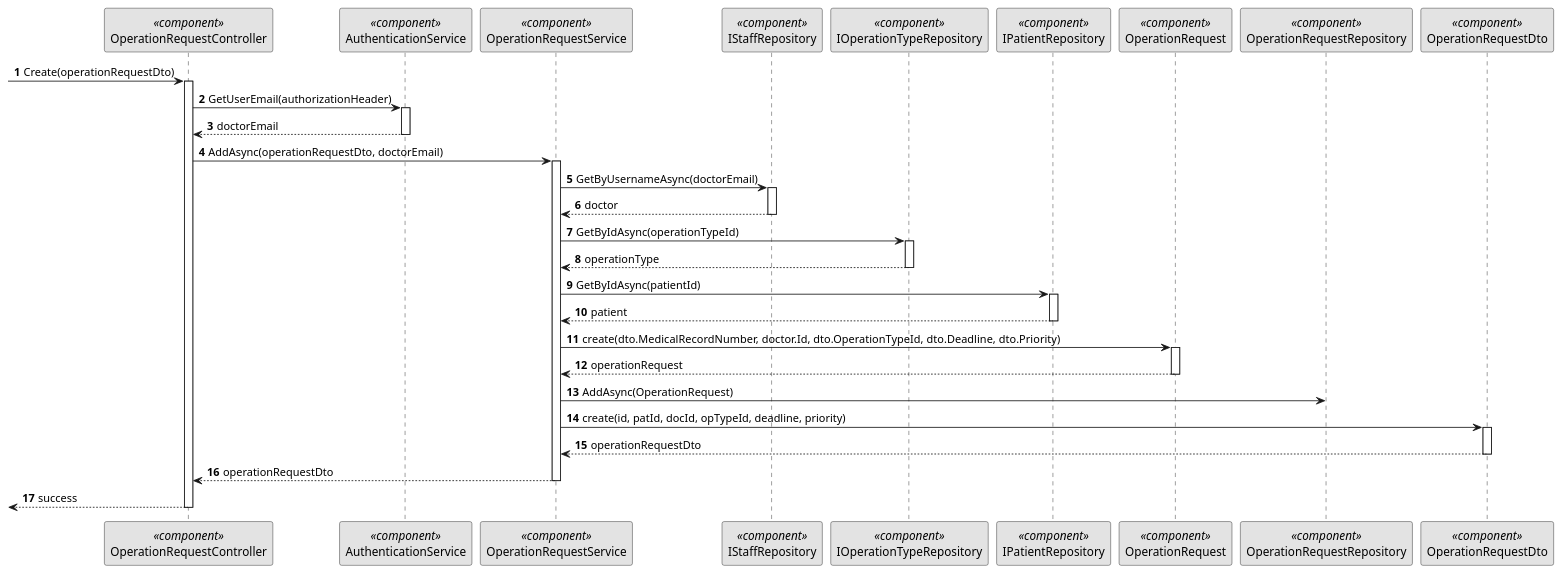
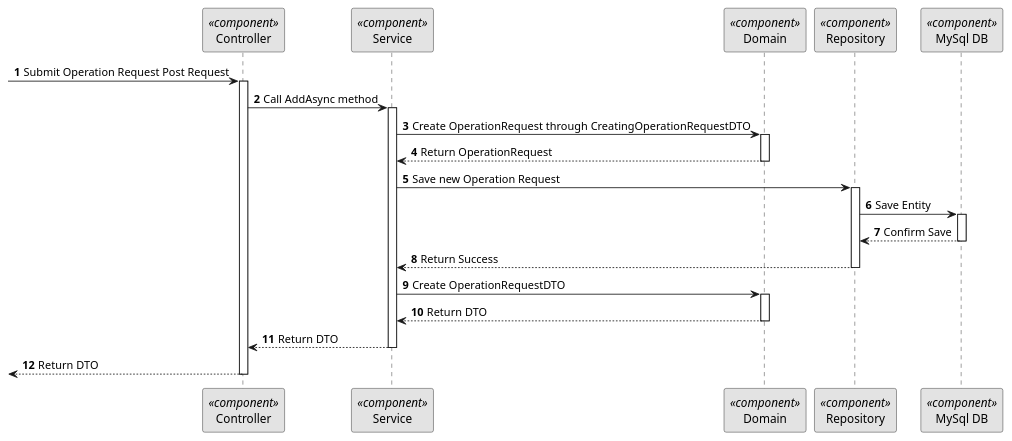
Before and after one commit to Ana-Miguel-Silva/SurgicalAppointmentAndResourceManagement: the diagram in docs/BackofficeModule/5.1.16/sequence-diagram-3.puml, drawn with PlantUML. The commit also changed 8 other files, not shown here.

```diff
--- a/docs/BackofficeModule/5.1.16/sequence-diagram-3.puml
+++ b/docs/BackofficeModule/5.1.16/sequence-diagram-3.puml
@@ -1,88 +1,50 @@
-@startuml 5.1.1
+@startuml 5.1.16
 skinparam monochrome true
 skinparam packageStyle rectangle
 skinparam shadowing false
 
 autonumber
 
-participant "OperationRequestController" as CTRL <<component>>
-participant "AuthenticationService" as Auth <<component>>
+participant "Controller" as CTRL <<component>>
+participant "Service" as SERV <<component>>
+participant "Domain" as DOM <<component>>
+participant "Repository" as REPO <<component>>
+participant "MySql DB" as BDD <<component>>
 
-participant "OperationRequestService" as SERV <<component>>
-
-participant "IStaffRepository" as StaffRep <<component>>
-participant "IOperationTypeRepository" as OpTyRep <<component>>
-participant "IPatientRepository" as PatRep <<component>>
-
-participant "OperationRequest" as DOM <<component>>
-participant "OperationRequestRepository" as REPO <<component>>
-participant "OperationRequestDto" as dto <<component>>
-
-''participant "LogService" as Log <<component>>
-''participant "LogEntry" as LogEntry <<component>>
-''participant "ILogRepository" as LogRep <<component>>
-
-
--> CTRL: Create(operationRequestDto)
+-> CTRL: Submit Operation Request Post Request
 activate CTRL
 
-CTRL -> Auth: GetUserEmail(authorizationHeader)
-activate Auth
-
-Auth --> CTRL: doctorEmail
-deactivate Auth
-
-CTRL -> SERV: AddAsync(operationRequestDto, doctorEmail)
+CTRL -> SERV: Call AddAsync method
 activate SERV
 
-SERV -> StaffRep : GetByUsernameAsync(doctorEmail)
-activate StaffRep
-
-StaffRep --> SERV : doctor
-deactivate StaffRep
-
-SERV -> OpTyRep : GetByIdAsync(operationTypeId)
-activate OpTyRep
-
-OpTyRep --> SERV : operationType
-deactivate OpTyRep
-
-SERV -> PatRep : GetByIdAsync(patientId)
-activate PatRep
-
-PatRep --> SERV : patient
-deactivate PatRep
-
-SERV -> DOM: create(dto.MedicalRecordNumber, doctor.Id, dto.OperationTypeId, dto.Deadline, dto.Priority)
+SERV -> DOM: Create OperationRequest through CreatingOperationRequestDTO
 activate DOM
 
-DOM --> SERV : operationRequest
+DOM --> SERV: Return OperationRequest
 deactivate DOM
 
-SERV -> REPO: AddAsync(OperationRequest)
+SERV -> REPO : Save new Operation Request
+activate REPO
 
-SERV -> dto: create(id, patId, docId, opTypeId, deadline, priority)
-activate dto
-dto --> SERV: operationRequestDto
-deactivate dto
-SERV --> CTRL: operationRequestDto
+REPO -> BDD : Save Entity
+activate BDD
+
+BDD --> REPO : Confirm Save
+deactivate BDD
+
+REPO --> SERV : Return Success
+deactivate REPO
+
+SERV -> DOM : Create OperationRequestDTO
+activate DOM
+
+DOM --> SERV : Return DTO
+deactivate DOM
+
+SERV --> CTRL : Return DTO
 deactivate SERV
 
-''CTRL --> Log : LogAsync(entity, action, operationRequestDto.Id, changes)
-''activate Log
-
-''Log -> LogEntry : create(entity, action, entityId, changes)
-''activate LogEntry
-
-''LogEntry --> Log : logEntry
-''deactivate LogEntry
-
-''Log -> LogRep : AddAsync(logEntry)
-
-''Log --> CTRL
-''deactivate Log
-
-<-- CTRL: success
+<-- CTRL  : Return DTO
 deactivate CTRL
 
 @enduml
```
